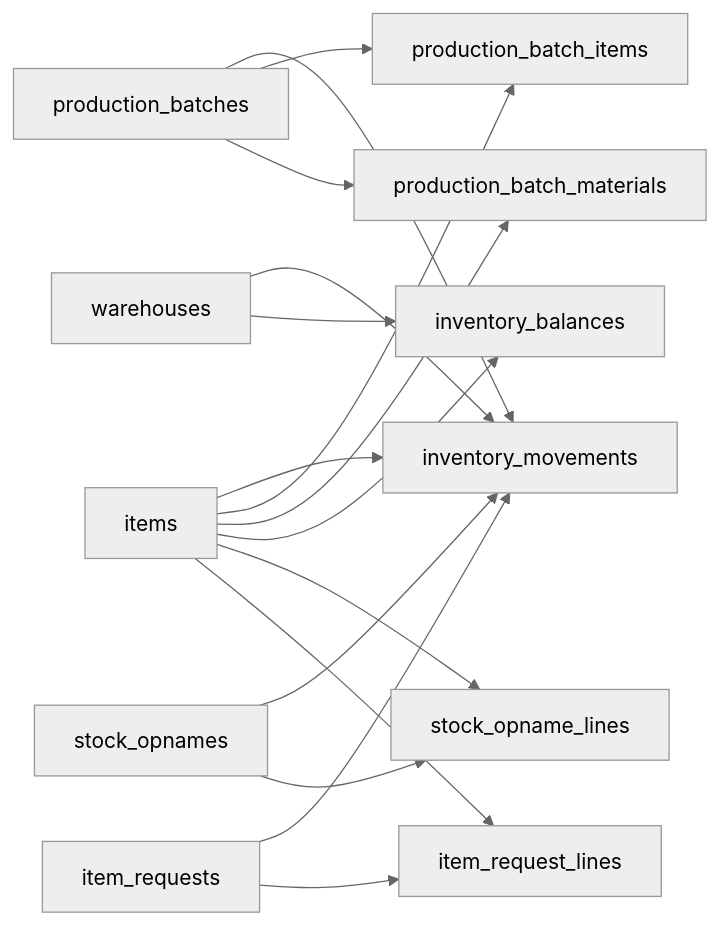
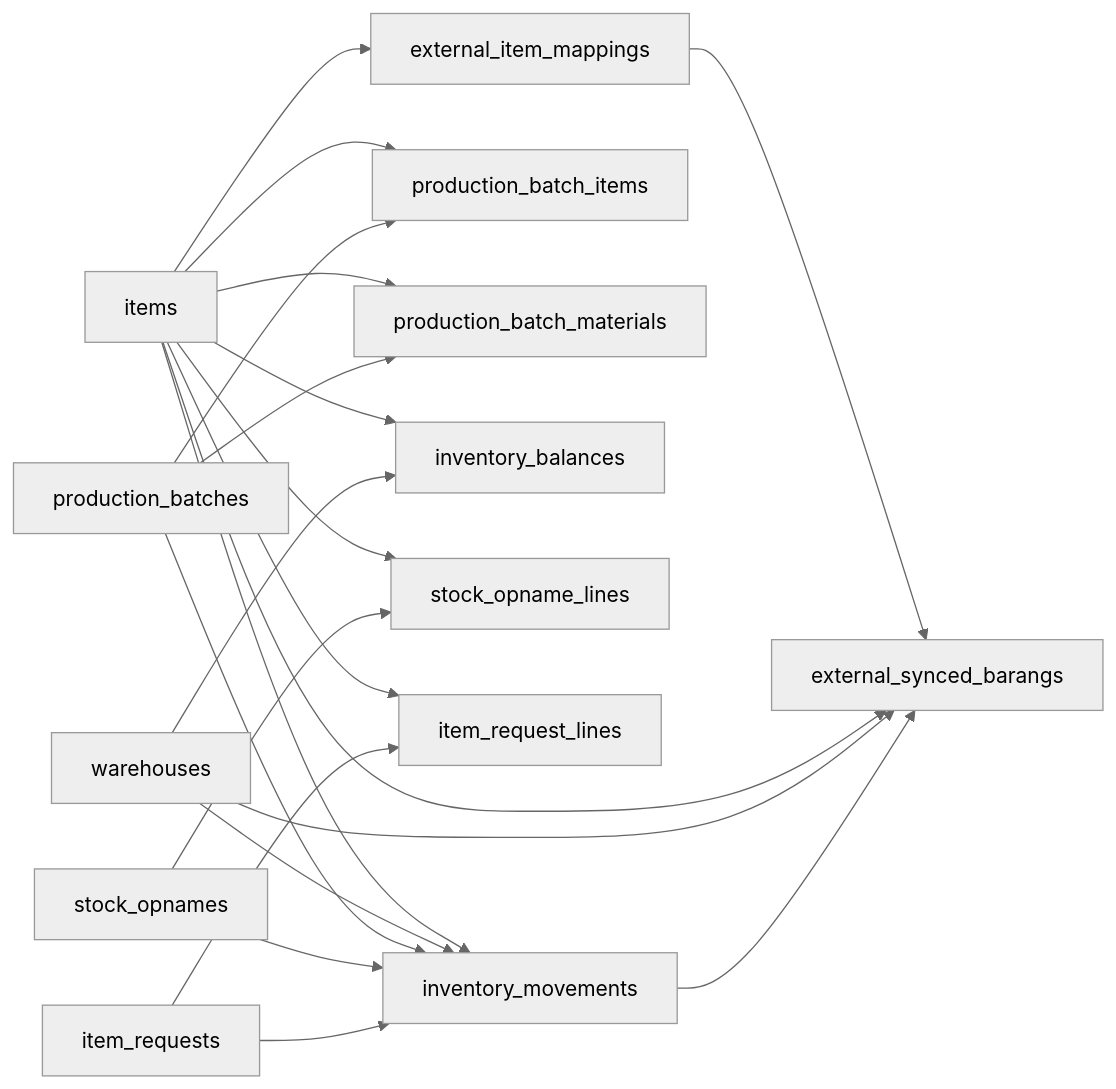
The third of 3 diagrams in .qoder/repowiki/en/content/Database Schema.md (Dikksap/laravel_RsvHelmet), drawn with Mermaid (neutral theme) before and after one commit. The commit also changed other lines of this file and 108 other files, not shown here.

````diff
--- a/.qoder/repowiki/en/content/Database Schema.md
+++ b/.qoder/repowiki/en/content/Database Schema.md
@@ -530,18 +567,23 @@
 ```mermaid
 graph LR
 ITEMS["items"] --> INV_MOVEMENTS["inventory_movements"]
 WAREHOUSES["warehouses"] --> INV_MOVEMENTS
 PROD_BATCHES["production_batches"] --> INV_MOVEMENTS
 STOCK_OPNAMES["stock_opnames"] --> INV_MOVEMENTS
 ITEM_REQUESTS["item_requests"] --> INV_MOVEMENTS
 ITEMS --> PROD_BATCH_ITEMS["production_batch_items"]
 ITEMS --> PROD_BATCH_MATERIALS["production_batch_materials"]
 PROD_BATCHES --> PROD_BATCH_ITEMS
 PROD_BATCHES --> PROD_BATCH_MATERIALS
 ITEMS --> INV_BALANCES["inventory_balances"]
 WAREHOUSES --> INV_BALANCES
 ITEMS --> STOCK_OPNAME_LINES["stock_opname_lines"]
 STOCK_OPNAMES --> STOCK_OPNAME_LINES
 ITEMS --> ITEM_REQUEST_LINES["item_request_lines"]
 ITEM_REQUESTS --> ITEM_REQUEST_LINES
+ITEMS --> EXT_ITEM_MAPPINGS["external_item_mappings"]
+EXT_ITEM_MAPPINGS --> EXT_SYNCED_BARANGS["external_synced_barangs"]
+ITEMS --> EXT_SYNCED_BARANGS
+WAREHOUSES --> EXT_SYNCED_BARANGS
+INV_MOVEMENTS --> EXT_SYNCED_BARANGS
 ```
````
